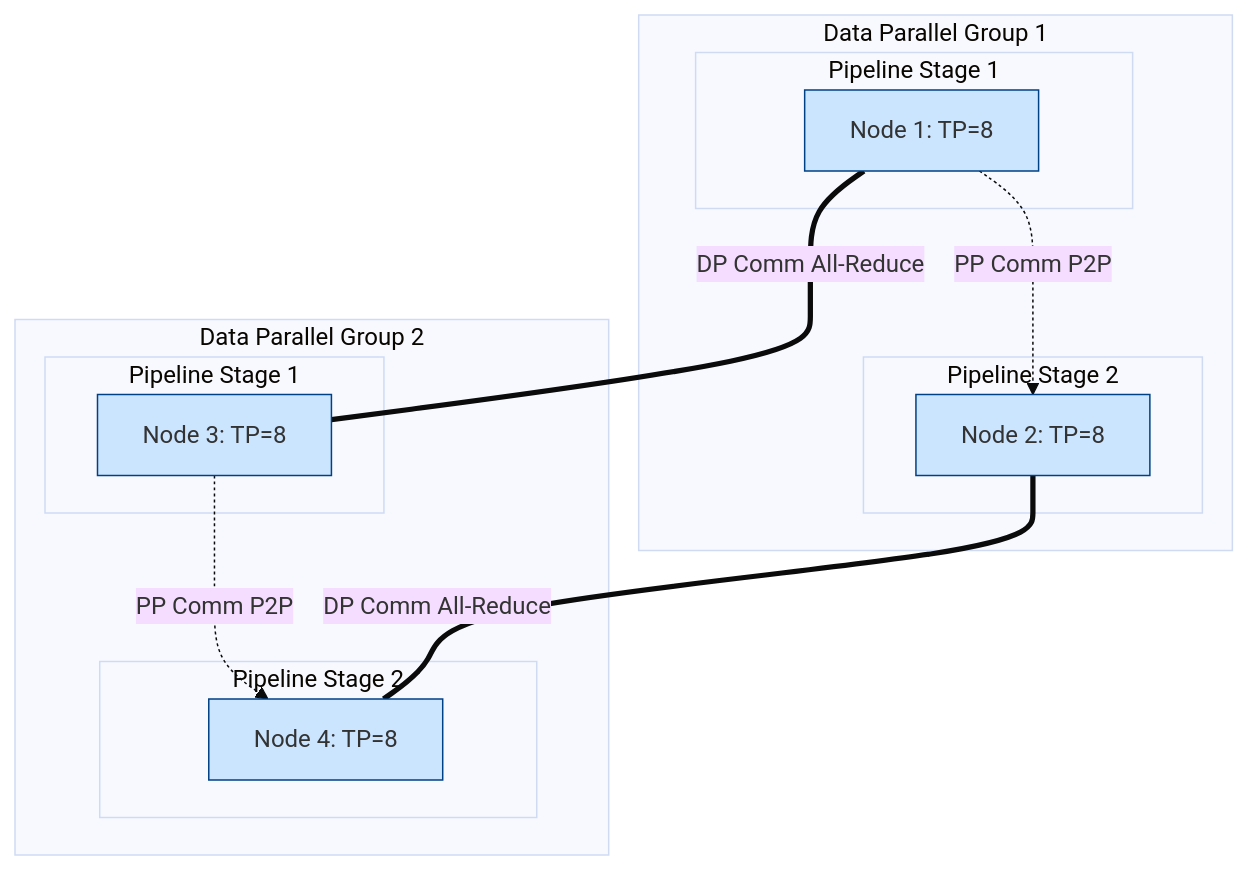
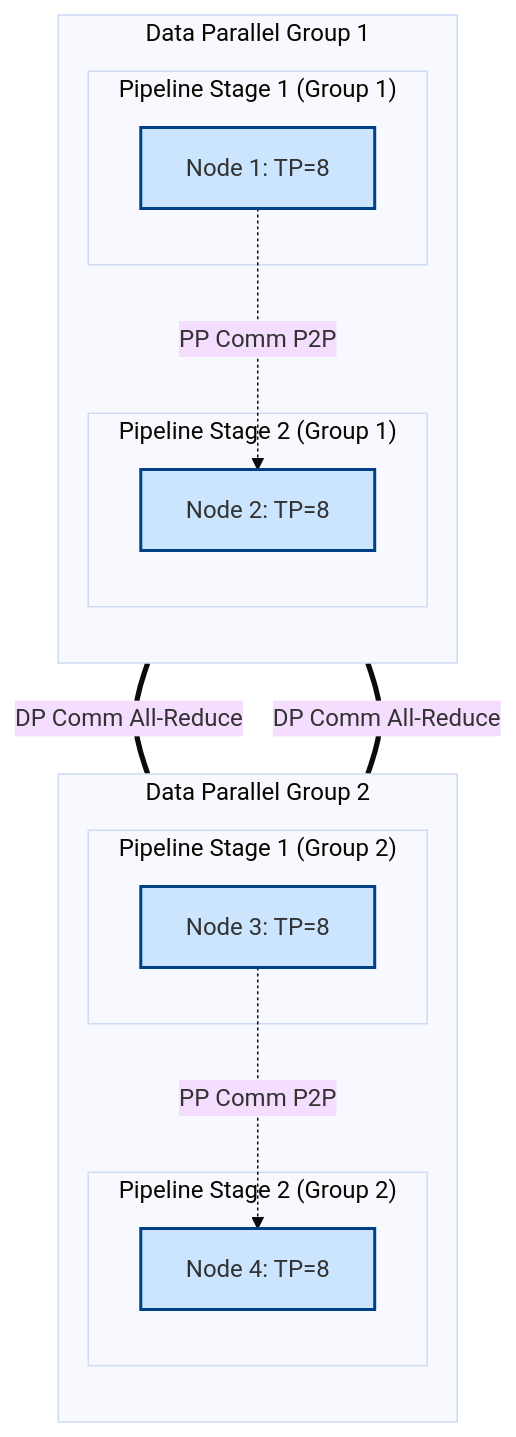
The fourth of 4 diagrams in docs/volume-05/01-ai-workloads-training-masterclass.md (jithinpnjm/nvidia-devops), drawn with Mermaid (base theme) before and after one commit. The commit also changed other lines of this file and 110 other files, not shown here.

Commit message:
docs(volume-1-10): complete second-pass refinement of formatting, visual diagrams, and code snippets

````diff
--- a/docs/volume-05/01-ai-workloads-training-masterclass.md
+++ b/docs/volume-05/01-ai-workloads-training-masterclass.md
@@ -223,30 +241,30 @@
 ```mermaid
-graph TD
+flowchart TD
     subgraph "Data Parallel Group 1"
-        subgraph "Pipeline Stage 1"
-            Node1[Node 1: TP=8]
+        direction TB
+        subgraph "Pipeline Stage 1 (Group 1)"
+            Node1["Node 1: TP=8"]
         end
-        subgraph "Pipeline Stage 2"
-            Node2[Node 2: TP=8]
+        subgraph "Pipeline Stage 2 (Group 1)"
+            Node2["Node 2: TP=8"]
         end
-        Node1 -.->|PP Comm P2P| Node2
+        Node1 -. "PP Comm P2P" .-> Node2
     end
     
     subgraph "Data Parallel Group 2"
-        subgraph "Pipeline Stage 1"
-            Node3[Node 3: TP=8]
+        direction TB
+        subgraph "Pipeline Stage 1 (Group 2)"
+            Node3["Node 3: TP=8"]
         end
-        subgraph "Pipeline Stage 2"
-            Node4[Node 4: TP=8]
+        subgraph "Pipeline Stage 2 (Group 2)"
+            Node4["Node 4: TP=8"]
         end
-        Node3 -.->|PP Comm P2P| Node4
+        Node3 -. "PP Comm P2P" .-> Node4
     end
     
-    Node1 ===|DP Comm All-Reduce| Node3
-    Node2 ===|DP Comm All-Reduce| Node4
+    Node1 == "DP Comm All-Reduce" === Node3
+    Node2 == "DP Comm All-Reduce" === Node4
     
-    style Node1 fill:#cce5ff,stroke:#004085
-    style Node2 fill:#cce5ff,stroke:#004085
-    style Node3 fill:#cce5ff,stroke:#004085
-    style Node4 fill:#cce5ff,stroke:#004085
+    classDef node fill:#cce5ff,stroke:#004085,stroke-width:2px;
+    class Node1,Node2,Node3,Node4 node;
 ```
````
